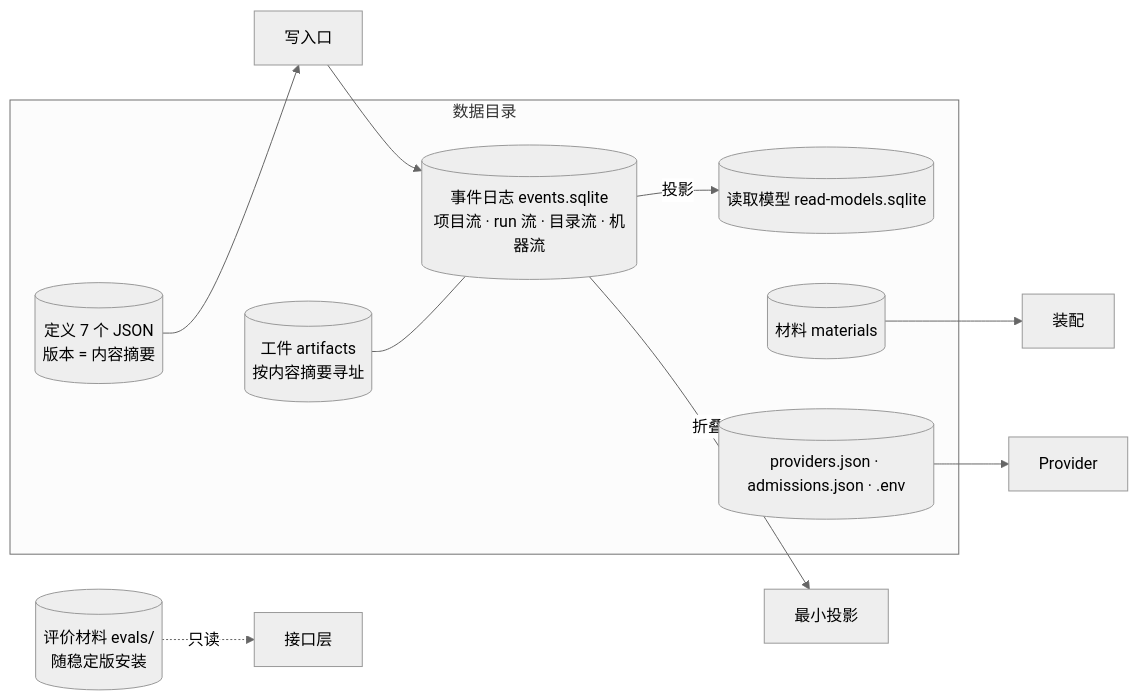
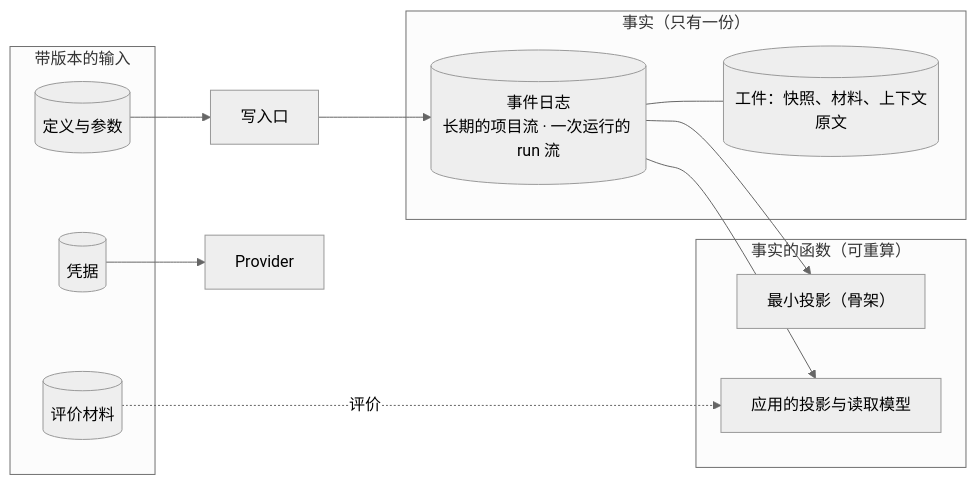
One commit to bender2333/yudao changed the second of 5 diagrams in docs/design/architecture/overall-architecture.md. Above: the diagram before and after it, drawn with Mermaid (neutral theme). The commit also changed other lines of this file and 1 other file, not shown here.

Commit message:
总图只做抽象：数据分事实、带版本的输入、事实的函数三类，去掉文件名与工单号

````diff
--- a/docs/design/architecture/overall-architecture.md
+++ b/docs/design/architecture/overall-architecture.md
@@ -78,20 +78,23 @@
 ```mermaid
 flowchart LR
-  subgraph STORE["数据目录"]
-    E[("事件日志 events.sqlite<br/>项目流 · run 流 · 目录流 · 机器流")]
-    R[("读取模型 read-models.sqlite")]
-    A[("工件 artifacts<br/>按内容摘要寻址")]
-    M[("材料 materials")]
-    D[("定义 7 个 JSON<br/>版本 = 内容摘要")]
-    C[("providers.json · admissions.json · .env")]
+  subgraph FACT["事实（只有一份）"]
+    E[("事件日志<br/>长期的项目流 · 一次运行的 run 流")]
+    A[("工件：快照、材料、上下文原文")]
   end
-  G[("评价材料 evals/<br/>随稳定版安装")]
+  subgraph IN["带版本的输入"]
+    D[("定义与参数")]
+    C[("凭据")]
+    G[("评价材料")]
+  end
+  subgraph DERIVED["事实的函数（可重算）"]
+    MP["最小投影（骨架）"]
+    R["应用的投影与读取模型"]
+  end
   W["写入口"] --> E
-  E -->|折叠| MP["最小投影"]
-  E -->|投影| R
+  E --- A
+  E --> MP
+  E --> R
   D --> W
-  A --- E
-  M --> ASM["装配"]
   C --> PROV["Provider"]
-  G -. 只读 .-> UI["接口层"]
+  G -. 评价 .-> R
 ```
````
